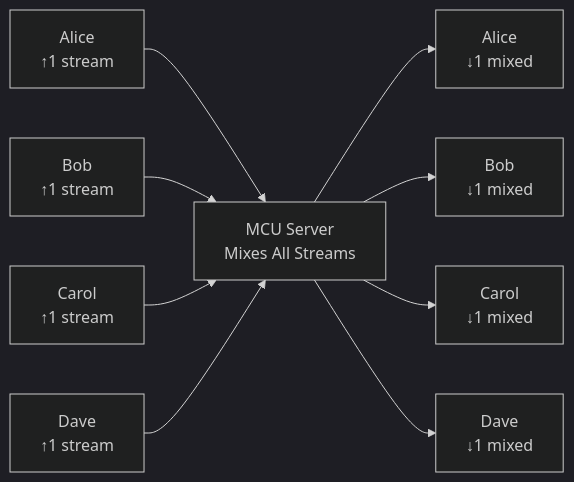
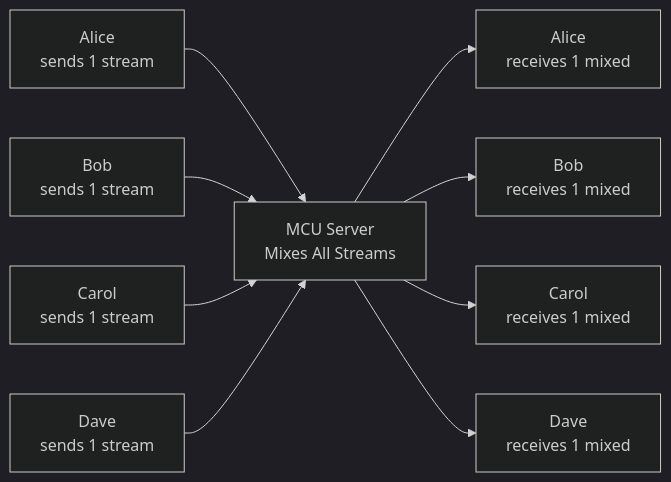
Before and after one commit to zJUNAIDz/vibe-learning-dump: the third of 4 diagrams in WebRTC/08-group-calls-architecture.md, drawn with Mermaid (dark theme). The commit also changed other lines of this file and 7 other files, not shown here.

Commit message:
mermaid diagram fixes

````diff
--- a/WebRTC/08-group-calls-architecture.md
+++ b/WebRTC/08-group-calls-architecture.md
@@ -67,11 +67,11 @@
 ```mermaid
 graph LR
-    A[Alice<br/>↑1 stream] --> M[MCU Server<br/>Mixes All Streams]
-    B[Bob<br/>↑1 stream] --> M
-    C[Carol<br/>↑1 stream] --> M
-    D[Dave<br/>↑1 stream] --> M
-    M --> A2[Alice<br/>↓1 mixed]
-    M --> B2[Bob<br/>↓1 mixed]
-    M --> C2[Carol<br/>↓1 mixed]
-    M --> D2[Dave<br/>↓1 mixed]
+    A[Alice<br/>sends 1 stream] --> M[MCU Server<br/>Mixes All Streams]
+    B[Bob<br/>sends 1 stream] --> M
+    C[Carol<br/>sends 1 stream] --> M
+    D[Dave<br/>sends 1 stream] --> M
+    M --> A2[Alice<br/>receives 1 mixed]
+    M --> B2[Bob<br/>receives 1 mixed]
+    M --> C2[Carol<br/>receives 1 mixed]
+    M --> D2[Dave<br/>receives 1 mixed]
 ```
````
